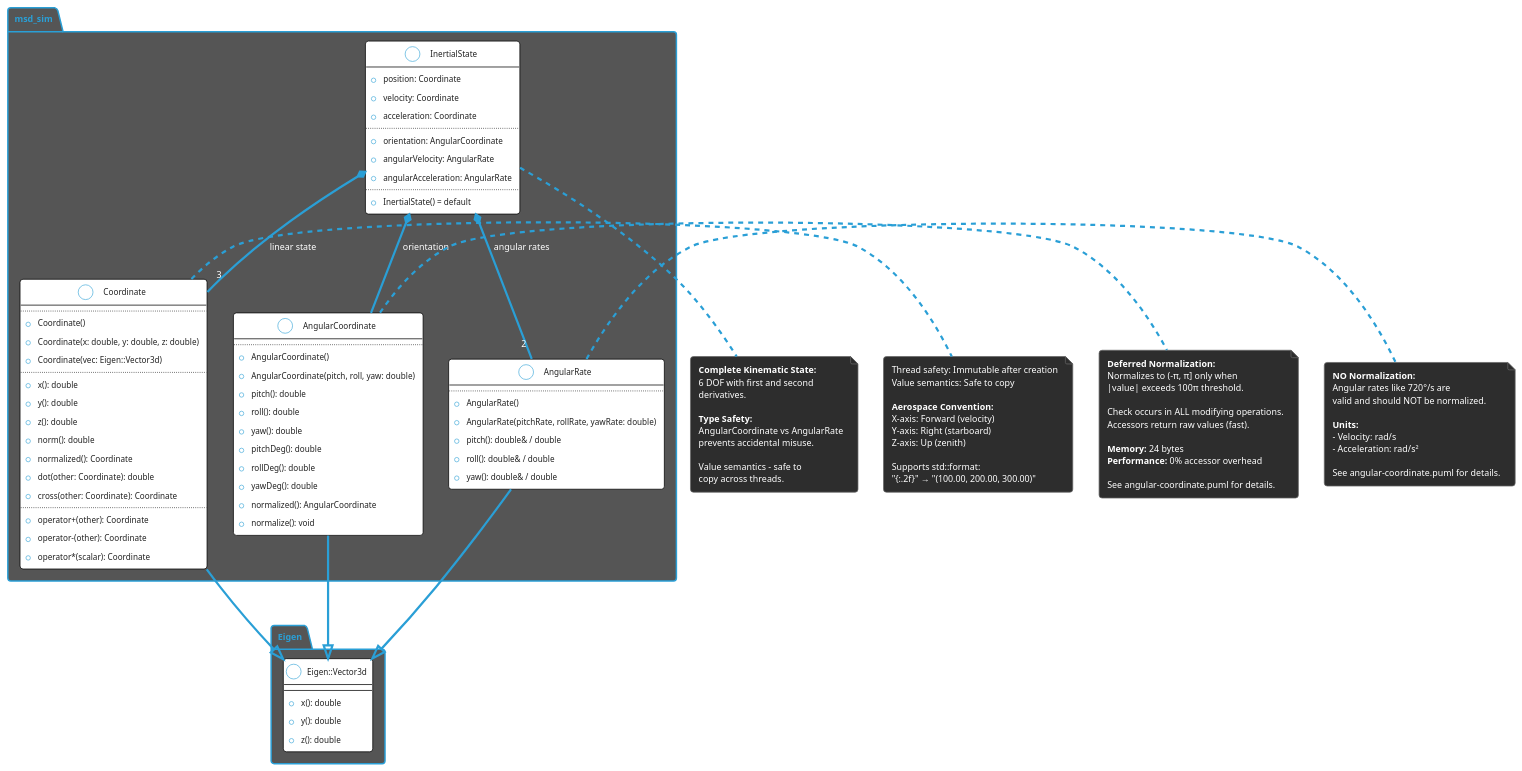
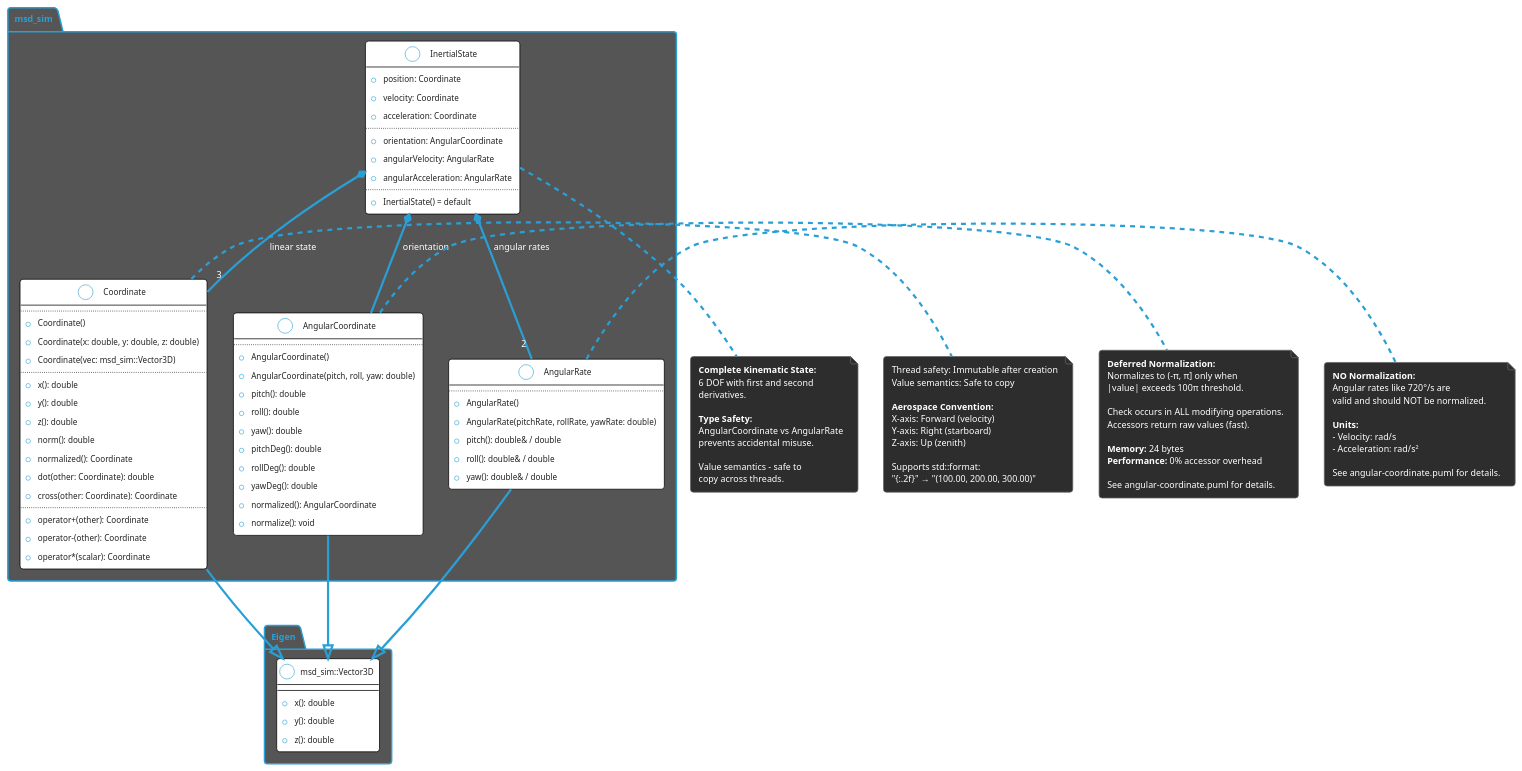
One commit to danielnewman09/MSD-CPP changed the diagram in docs/msd/msd-sim/Environment/mathematical-primitives.puml. Above: the diagram before and after it, drawn with PlantUML. The commit also changed 102 other files, not shown here.

```diff
--- a/docs/msd/msd-sim/Environment/mathematical-primitives.puml
+++ b/docs/msd/msd-sim/Environment/mathematical-primitives.puml
@@ -1,168 +1,168 @@
 @startuml
 ' =============================================================================
 ' Feature: Mathematical Primitives
 ' Description: Core value types for 3D coordinates, angles, and kinematic state
 ' Date: 2026-01-01
 ' =============================================================================
 
 !theme cyborg
 
 ' -----------------------------------------------------------------------------
 ' Styling - documenting existing components (no new/modified highlighting)
 ' -----------------------------------------------------------------------------
 skinparam class {
     BackgroundColor White
     BorderColor Black
 }
 
 skinparam note {
     BackgroundColor #2d2d2d
     BorderColor #666666
 }
 
 ' -----------------------------------------------------------------------------
 ' Package/Namespace Organization
 ' -----------------------------------------------------------------------------
 package "msd_sim" {
 
     class Coordinate {
-        ' Inherits from Eigen::Vector3d
+        ' Inherits from msd_sim::Vector3D
         ..
         ' Construction
         +Coordinate()
         +Coordinate(x: double, y: double, z: double)
-        +Coordinate(vec: Eigen::Vector3d)
+        +Coordinate(vec: msd_sim::Vector3D)
         ..
-        ' Inherited from Eigen::Vector3d
+        ' Inherited from msd_sim::Vector3D
         +x(): double
         +y(): double
         +z(): double
         +norm(): double
         +normalized(): Coordinate
         +dot(other: Coordinate): double
         +cross(other: Coordinate): Coordinate
         ..
         ' Operators
         +operator+(other): Coordinate
         +operator-(other): Coordinate
         +operator*(scalar): Coordinate
     }
 
     class AngularCoordinate {
-        ' Inherits from Eigen::Vector3d
+        ' Inherits from msd_sim::Vector3D
         ..
         +AngularCoordinate()
         +AngularCoordinate(pitch, roll, yaw: double)
         +pitch(): double
         +roll(): double
         +yaw(): double
         +pitchDeg(): double
         +rollDeg(): double
         +yawDeg(): double
         +normalized(): AngularCoordinate
         +normalize(): void
     }
 
     class AngularRate {
-        ' Inherits from Eigen::Vector3d
+        ' Inherits from msd_sim::Vector3D
         ..
         +AngularRate()
         +AngularRate(pitchRate, rollRate, yawRate: double)
         +pitch(): double& / double
         +roll(): double& / double
         +yaw(): double& / double
     }
 
     class InertialState {
         ' Linear components
         +position: Coordinate
         +velocity: Coordinate
         +acceleration: Coordinate
         ..
         ' Angular components
         +orientation: AngularCoordinate
         +angularVelocity: AngularRate
         +angularAcceleration: AngularRate
         ..
         +InertialState() = default
     }
 }
 
 package "Eigen" {
-    class "Eigen::Vector3d" as EigenVector3d {
+    class "msd_sim::Vector3D" as EigenVector3d {
         +x(): double
         +y(): double
         +z(): double
     }
 }
 
 ' -----------------------------------------------------------------------------
 ' Relationships
 ' -----------------------------------------------------------------------------
 
 ' Inheritance
 Coordinate --|> EigenVector3d : inherits
 AngularCoordinate --|> EigenVector3d : inherits
 AngularRate --|> EigenVector3d : inherits
 
 ' Composition
 InertialState *-- "3" Coordinate : linear state
 InertialState *-- AngularCoordinate : orientation
 InertialState *-- "2" AngularRate : angular rates
 
 ' -----------------------------------------------------------------------------
 ' Notes
 ' -----------------------------------------------------------------------------
 note right of Coordinate
     Thread safety: Immutable after creation
     Value semantics: Safe to copy
 
     **Aerospace Convention:**
     X-axis: Forward (velocity)
     Y-axis: Right (starboard)
     Z-axis: Up (zenith)
 
     Supports std::format:
     "{:.2f}" → "(100.00, 200.00, 300.00)"
 end note
 
 note right of AngularCoordinate
     **Deferred Normalization:**
     Normalizes to (-π, π] only when
     |value| exceeds 100π threshold.
 
     Check occurs in ALL modifying operations.
     Accessors return raw values (fast).
 
     **Memory:** 24 bytes
     **Performance:** 0% accessor overhead
 
     See angular-coordinate.puml for details.
 end note
 
 note right of AngularRate
     **NO Normalization:**
     Angular rates like 720°/s are
     valid and should NOT be normalized.
 
     **Units:**
     - Velocity: rad/s
     - Acceleration: rad/s²
 
     See angular-coordinate.puml for details.
 end note
 
 note bottom of InertialState
     **Complete Kinematic State:**
     6 DOF with first and second
     derivatives.
 
     **Type Safety:**
     AngularCoordinate vs AngularRate
     prevents accidental misuse.
 
     Value semantics - safe to
     copy across threads.
 end note
 
 @enduml
```
